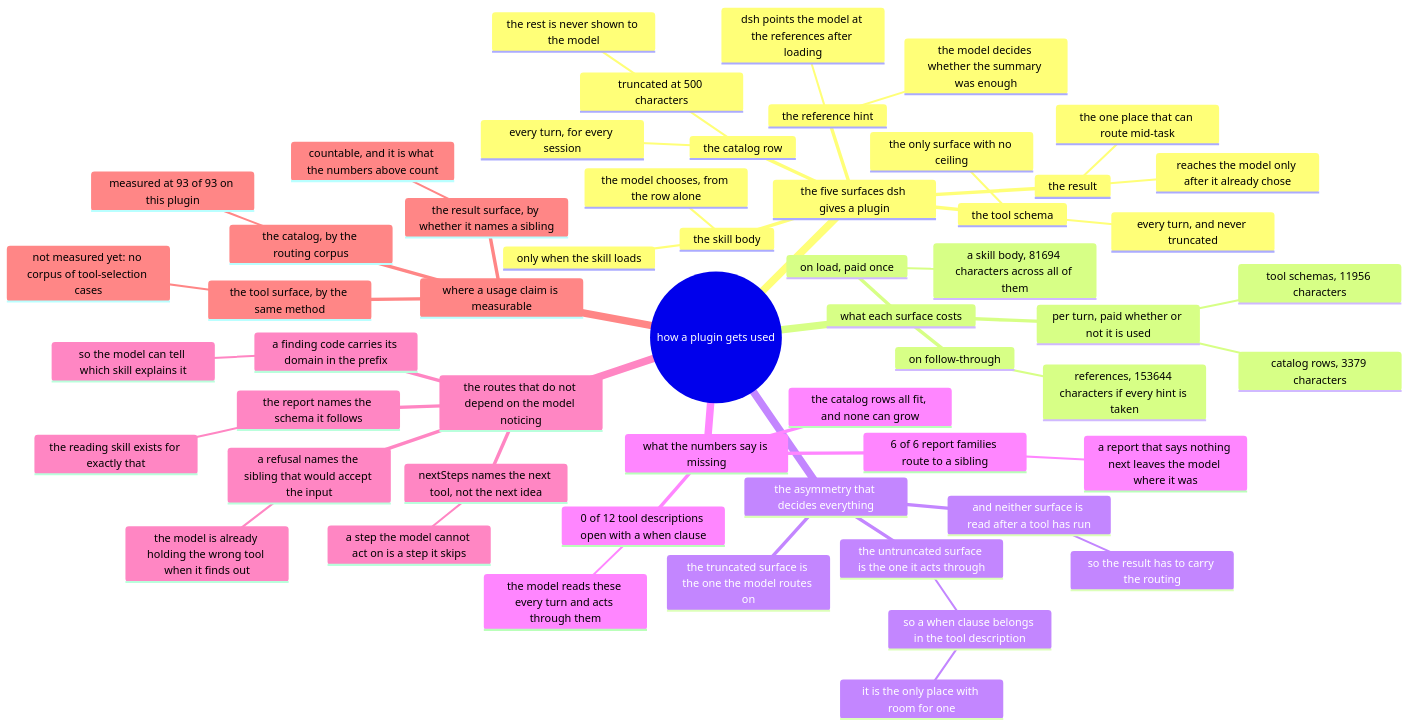
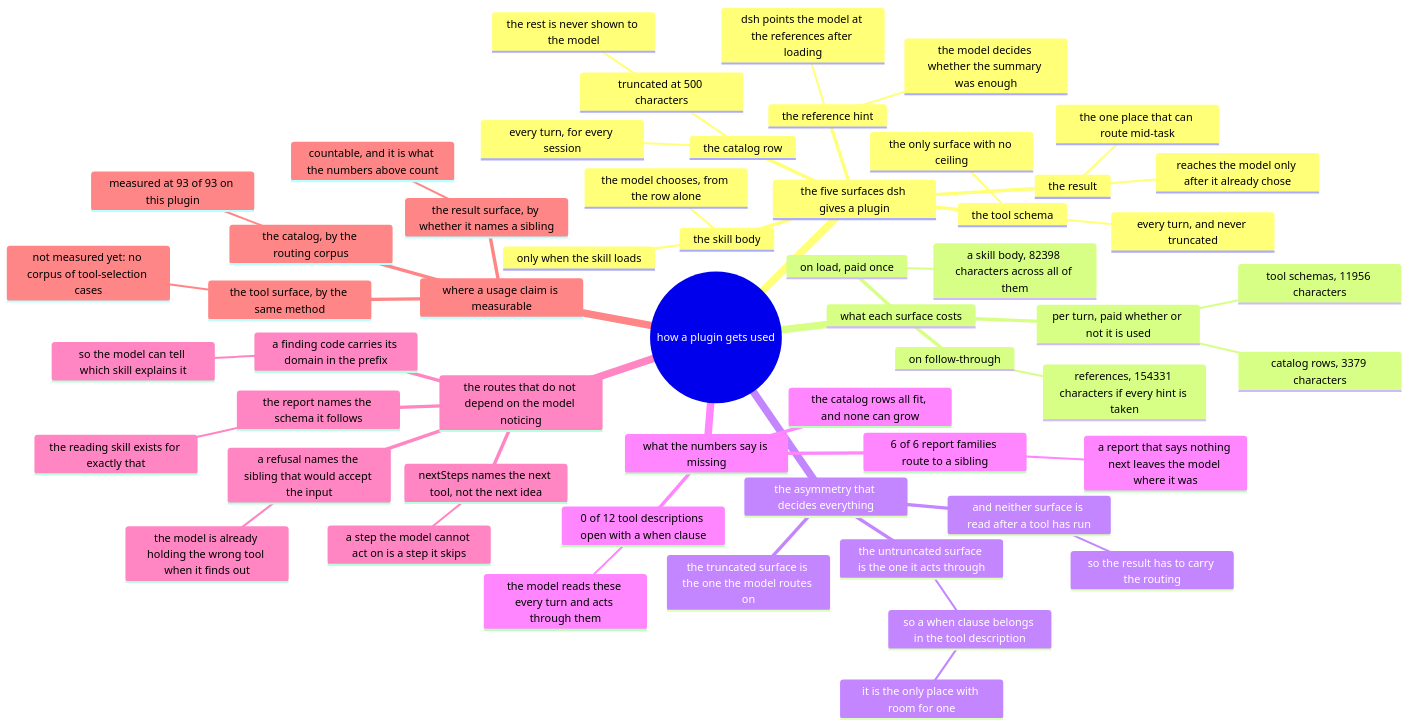
One commit to AmethystLuna/dsh-model-everything changed the diagram in docs/usage/mindmap.mmd. Above: the diagram before and after it, drawn with Mermaid. The commit also changed 6 other files, not shown here.

```diff
--- a/docs/usage/mindmap.mmd
+++ b/docs/usage/mindmap.mmd
@@ -1,56 +1,56 @@
 mindmap
 root((how a plugin gets used))
   the five surfaces dsh gives a plugin
     the catalog row
       every turn, for every session
       truncated at 500 characters
         the rest is never shown to the model
     the skill body
       only when the skill loads
       the model chooses, from the row alone
     the reference hint
       dsh points the model at the references after loading
       the model decides whether the summary was enough
     the tool schema
       every turn, and never truncated
       the only surface with no ceiling
     the result
       reaches the model only after it already chose
       the one place that can route mid-task
   what each surface costs
     per turn, paid whether or not it is used
       catalog rows, 3379 characters
       tool schemas, 11956 characters
     on load, paid once
-      a skill body, 81694 characters across all of them
+      a skill body, 82398 characters across all of them
     on follow-through
-      references, 153644 characters if every hint is taken
+      references, 154331 characters if every hint is taken
   the asymmetry that decides everything
     the truncated surface is the one the model routes on
     the untruncated surface is the one it acts through
       so a when clause belongs in the tool description
         it is the only place with room for one
     and neither surface is read after a tool has run
       so the result has to carry the routing
   what the numbers say is missing
     0 of 12 tool descriptions open with a when clause
       the model reads these every turn and acts through them
     6 of 6 report families route to a sibling
       a report that says nothing next leaves the model where it was
     the catalog rows all fit, and none can grow
   the routes that do not depend on the model noticing
     a refusal names the sibling that would accept the input
       the model is already holding the wrong tool when it finds out
     nextSteps names the next tool, not the next idea
       a step the model cannot act on is a step it skips
     a finding code carries its domain in the prefix
       so the model can tell which skill explains it
     the report names the schema it follows
       the reading skill exists for exactly that
   where a usage claim is measurable
     the catalog, by the routing corpus
       measured at 93 of 93 on this plugin
     the tool surface, by the same method
       not measured yet: no corpus of tool-selection cases
     the result surface, by whether it names a sibling
       countable, and it is what the numbers above count
```
